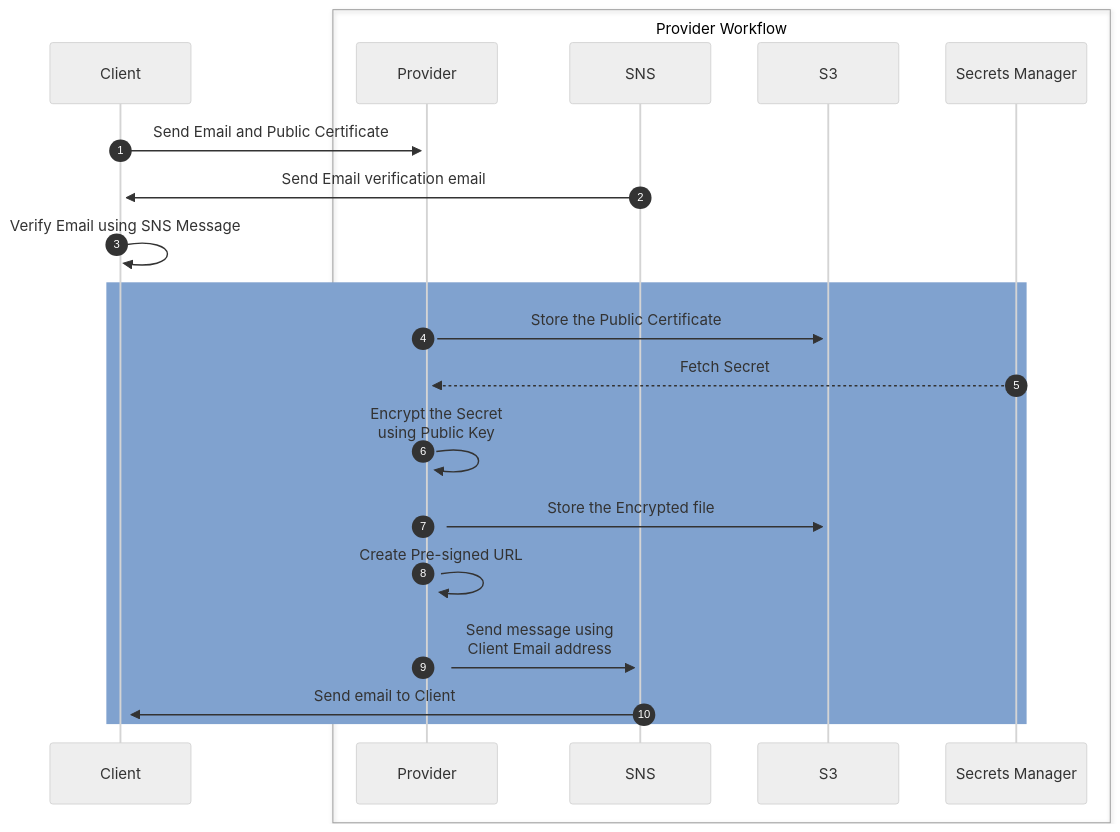
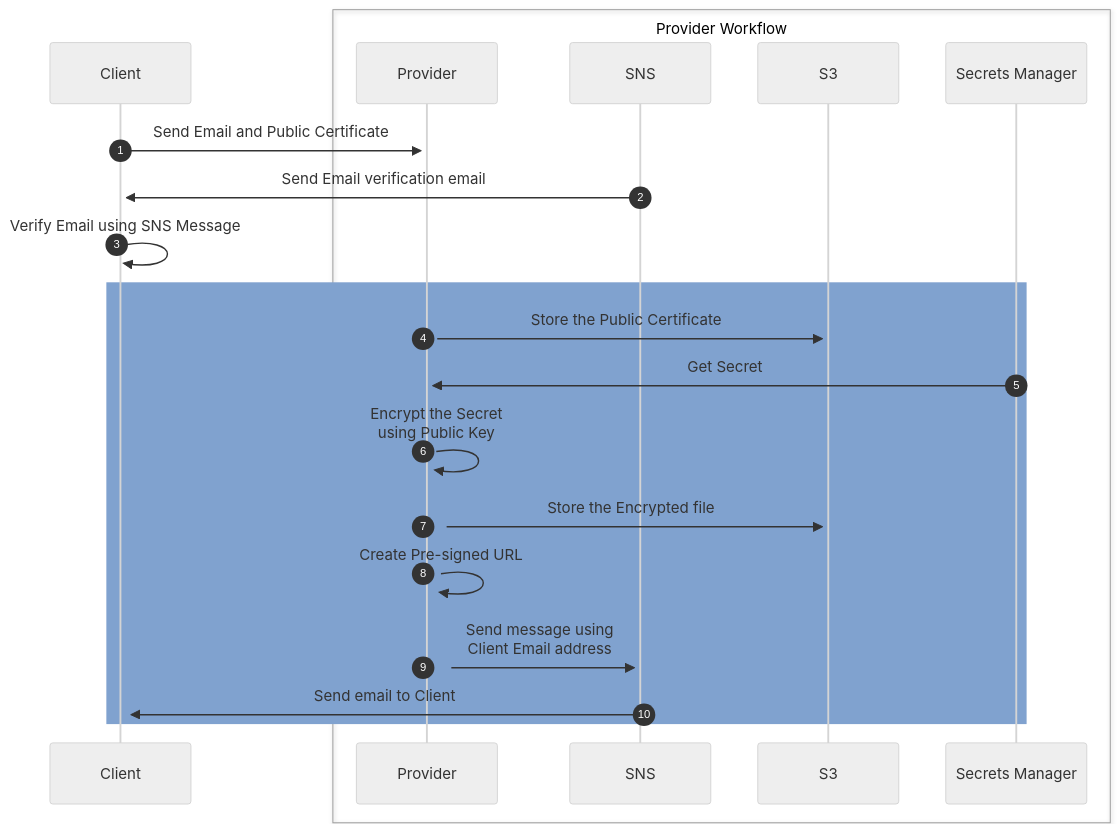
Before and after one commit to smislam/securely-share-secrets: the first of 2 diagrams in README.md, drawn with Mermaid (neutral theme). The commit also changed other lines of this file, not shown here.

````diff
--- a/README.md
+++ b/README.md
@@ -8,24 +8,24 @@
 ```mermaid
 sequenceDiagram
 autonumber
     Client->>+Provider: Send Email and Public Certificate
 
     box Provider Workflow
         participant Provider
         participant SNS
         participant S3
         participant Secrets Manager
     end
     
     SNS->>+Client: Send Email verification email
     Client->>+Client: Verify Email using SNS Message
     rect rgb(128, 162, 207)
     Provider->>+S3: Store the Public Certificate
-    Secrets Manager-->>+Provider: Fetch Secret
+    Secrets Manager->>+Provider: Get Secret
     Provider->>+Provider: Encrypt the Secret<br/>using Public Key
     Provider->>+S3: Store the Encrypted file
     Provider->>+Provider: Create Pre-signed URL
     Provider->>+SNS: Send message using<br/>Client Email address   
     SNS->>+Client: Send email to Client
     end
 ```
````
